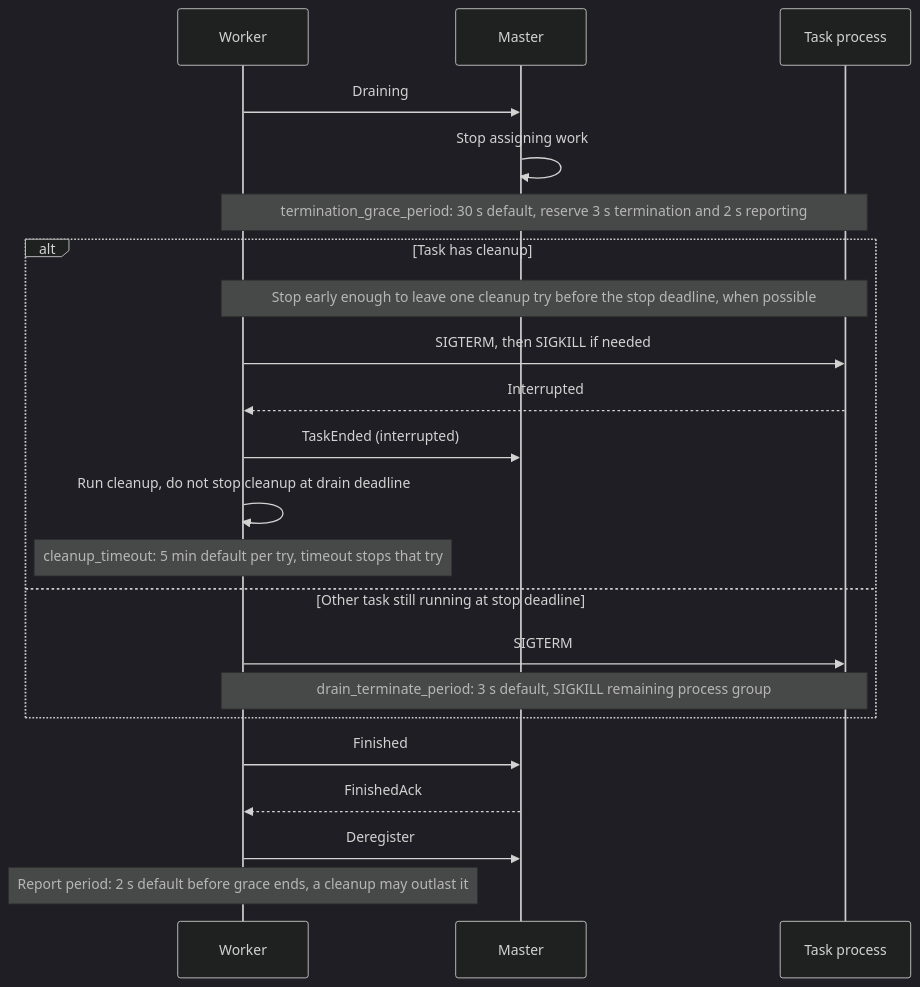
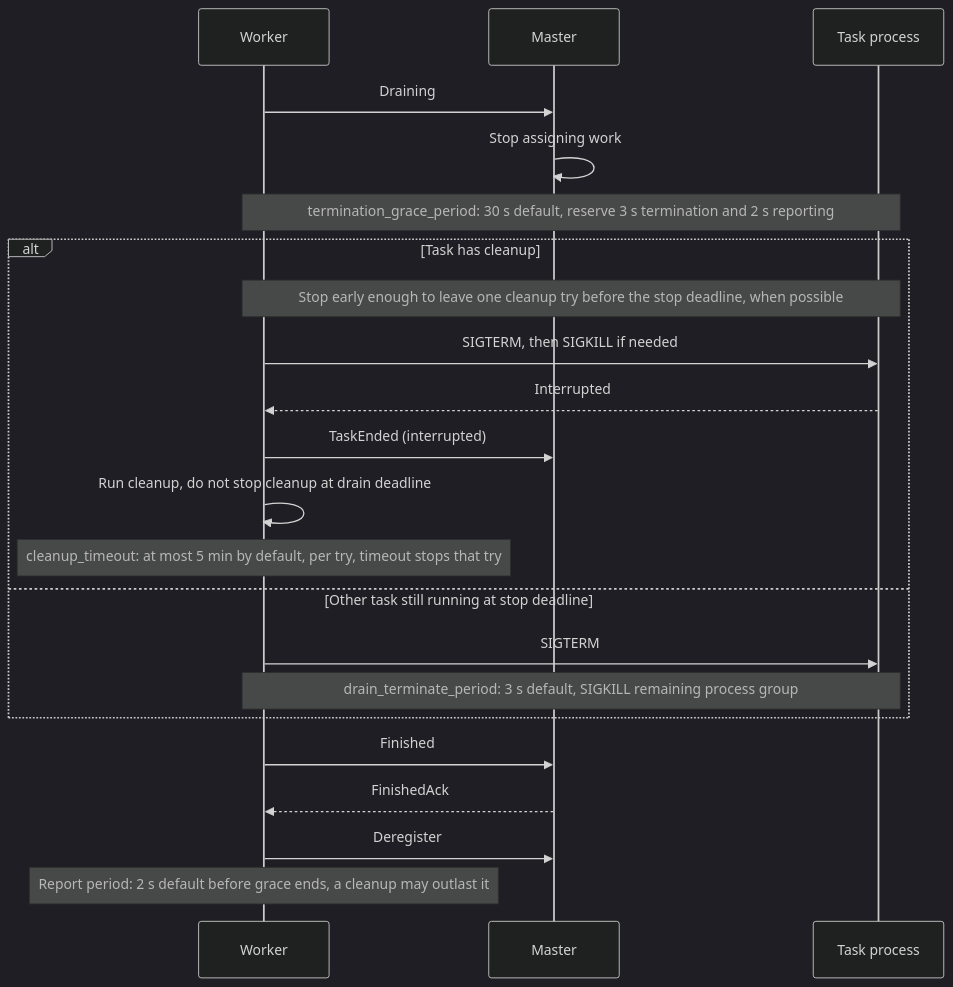
Before and after one commit to ptutak/schedr: diagram 14 of 18 in docs/03-guide/15-protocol.md, drawn with Mermaid (dark theme). The commit also changed other lines of this file and 51 other files, not shown here.

````diff
--- a/docs/03-guide/15-protocol.md
+++ b/docs/03-guide/15-protocol.md
@@ -368,24 +368,24 @@
 ```{mermaid}
 sequenceDiagram
     participant W as Worker
     participant M as Master
     participant P as Task process
     W->>M: Draining
     M->>M: Stop assigning work
     Note over W,P: termination_grace_period: 30 s default, reserve 3 s termination and 2 s reporting
     alt Task has cleanup
         Note over W,P: Stop early enough to leave one cleanup try before the stop deadline, when possible
         W->>P: SIGTERM, then SIGKILL if needed
         P-->>W: Interrupted
         W->>M: TaskEnded (interrupted)
         W->>W: Run cleanup, do not stop cleanup at drain deadline
-        Note over W: cleanup_timeout: 5 min default per try, timeout stops that try
+        Note over W: cleanup_timeout: at most 5 min by default, per try, timeout stops that try
     else Other task still running at stop deadline
         W->>P: SIGTERM
         Note over W,P: drain_terminate_period: 3 s default, SIGKILL remaining process group
     end
     W->>M: Finished
     M-->>W: FinishedAck
     W->>M: Deregister
     Note over W: Report period: 2 s default before grace ends, a cleanup may outlast it
 ```
````
